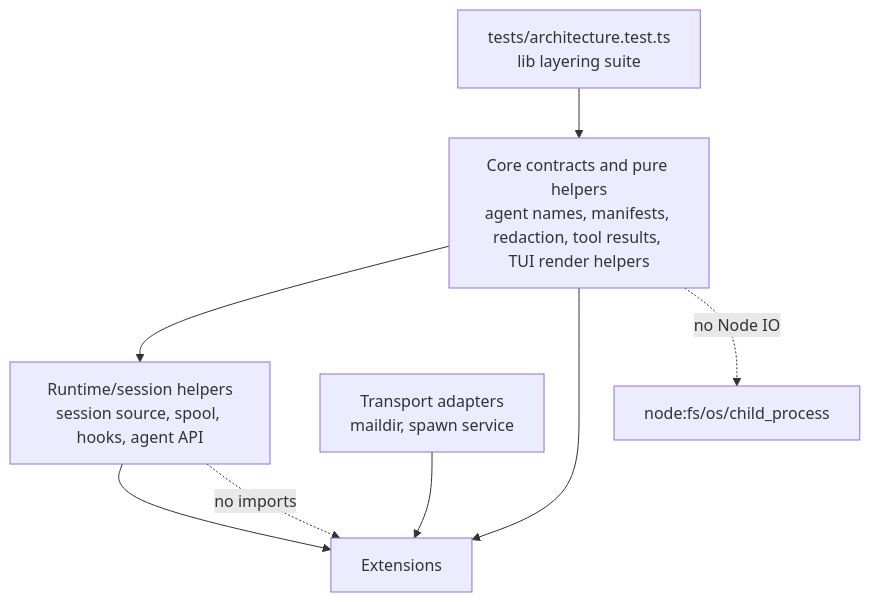
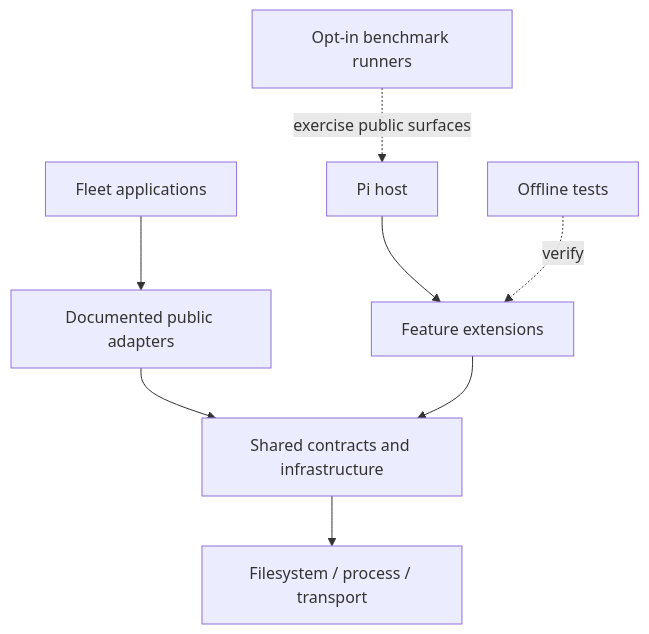
The diagram in docs/architecture.md (tS7hKamAYL84j91/pi-tools-and-skills), drawn with Mermaid before and after one commit. The commit also changed other lines of this file and 44 other files, not shown here.

````diff
--- a/docs/architecture.md
+++ b/docs/architecture.md
@@ -359,14 +29,10 @@
 ```mermaid
 flowchart TD
-  Core[Core contracts and pure helpers\nagent names, manifests, redaction, tool results, TUI render helpers]
-  Runtime[Runtime/session helpers\nsession source, spool, hooks, agent API]
-  Transport[Transport adapters\nmaildir, spawn service]
-  Extensions[Extensions]
-  Core --> Runtime
-  Core --> Extensions
-  Runtime --> Extensions
-  Transport --> Extensions
-  Runtime -. no imports .-> Extensions
-  Core -. no Node IO .-> FS[node:fs/os/child_process]
-  Tests[tests/architecture.test.ts\nlib layering suite] --> Core
+  Pi[Pi host] --> Extensions[Feature extensions]
+  Applications[Fleet applications] --> Public[Documented public adapters]
+  Public --> Infrastructure[Shared contracts and infrastructure]
+  Extensions --> Infrastructure
+  Infrastructure --> Host[Filesystem / process / transport]
+  Tests[Offline tests] -. verify .-> Extensions
+  Benchmarks[Opt-in benchmark runners] -. exercise public surfaces .-> Pi
 ```
````
